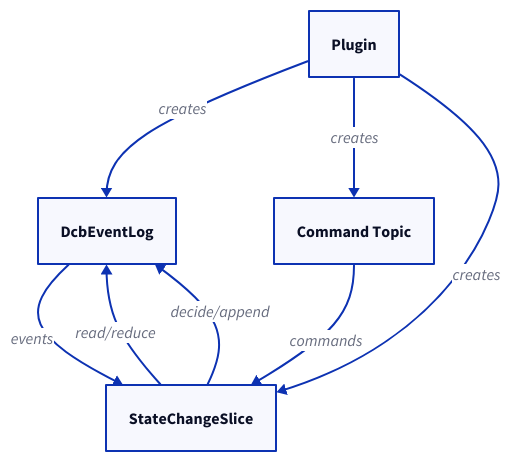
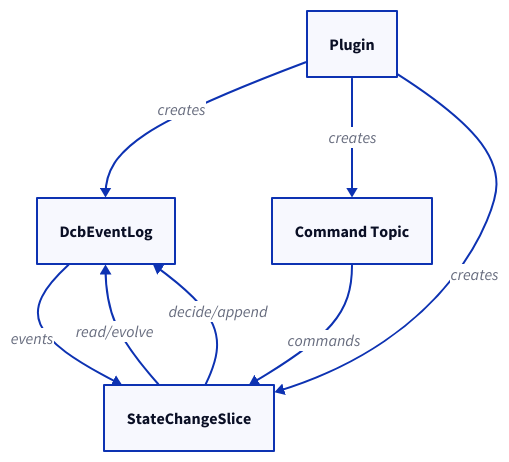
The first of 3 diagrams in packages/doc/docs-app/components/statechangeslice.md (ReventlessDev/reventless-core), drawn with D2 before and after one commit. The commit also changed other lines of this file and 230 other files, not shown here.

````diff
--- a/packages/doc/docs-app/components/statechangeslice.md
+++ b/packages/doc/docs-app/components/statechangeslice.md
@@ -15,15 +15,15 @@
 ```d2
 Plugin: Plugin { class: plugin-area }
 DcbEventLog: DcbEventLog { class: dcb-event-log }
 CommandTopic: Command Topic { class: command-topic }
 StateChangeSlice: StateChangeSlice { class: state-change-slice }
 
 CommandTopic -> StateChangeSlice: commands { class: command-flow }
-StateChangeSlice -> DcbEventLog: read/reduce { class: event-flow }
+StateChangeSlice -> DcbEventLog: read/evolve { class: event-flow }
 DcbEventLog -> StateChangeSlice: events { class: event-flow }
 StateChangeSlice -> DcbEventLog: decide/append { class: event-flow }
 
 Plugin -> DcbEventLog: creates
 Plugin -> CommandTopic: creates
 Plugin -> StateChangeSlice: creates
 ```
````
